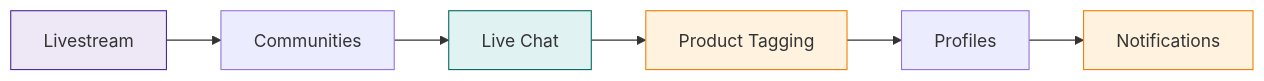
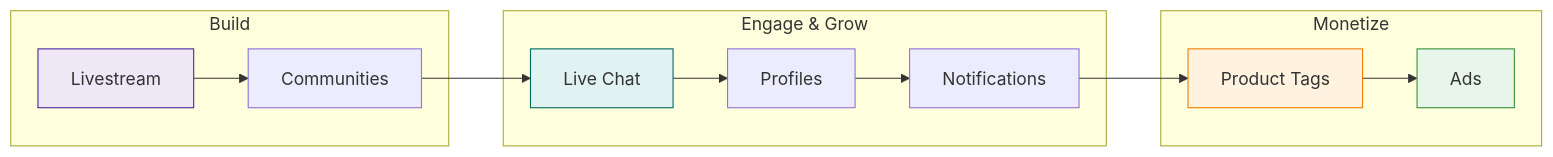
The fifth of 8 diagrams in use-cases/choose-your-path.mdx (AmityCo/social-plus-docs), drawn with Mermaid before and after one commit. The commit also changed other lines of this file and 6 other files, not shown here.

Commit message:
feat: revise events and product tagging

````diff
--- a/use-cases/choose-your-path.mdx
+++ b/use-cases/choose-your-path.mdx
@@ -290,13 +426,20 @@
 ```mermaid
 graph LR
-    A["Livestream"] --> B["Communities"]
-    B --> C["Live Chat"]
-    C --> D["Product Tagging"]
-    D --> E["Profiles"]
-    E --> F["Notifications"]
+    subgraph Build
+        A["Livestream"] --> B["Communities"]
+    end
+    subgraph Engage & Grow
+        C["Live Chat"] --> D["Profiles"]
+        D --> E["Notifications"]
+    end
+    subgraph Monetize
+        F["Product Tags"] --> G["Ads"]
+    end
+    B --> C
+    E --> F
 
     style A fill:#ede7f6,stroke:#4527a0
     style C fill:#e0f2f1,stroke:#00695c
-    style D fill:#fff3e0,stroke:#f57c00
     style F fill:#fff3e0,stroke:#f57c00
+    style G fill:#e8f5e9,stroke:#388e3c
 ```
````
